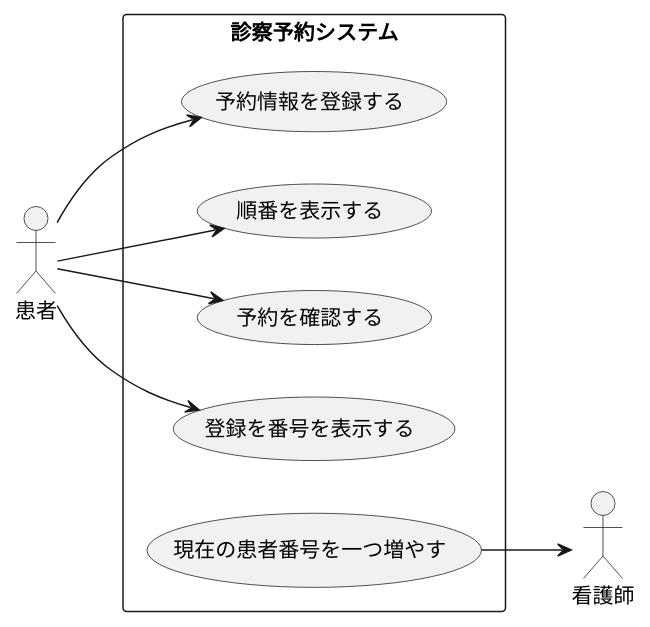
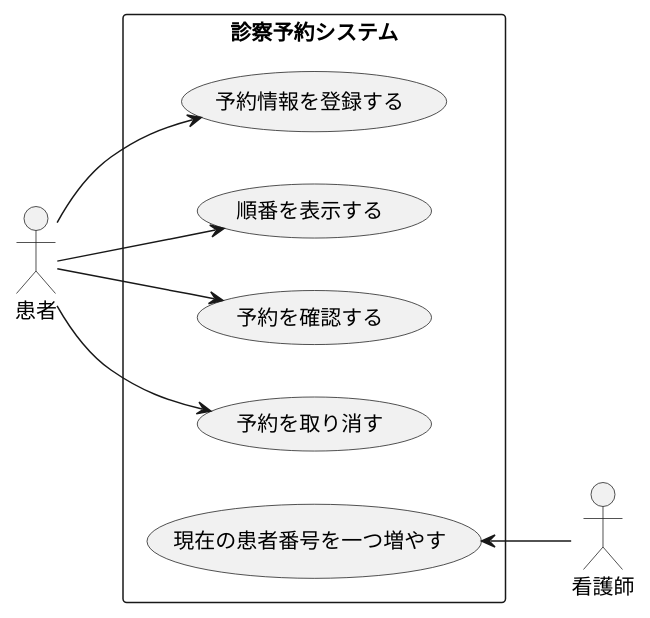
Before and after one commit to kuboi0627/unl-introduction: the diagram in 演習6-3_ユースケース図_診察予約システム.pu, drawn with PlantUML. The commit also changed 1 other file, not shown here.

```diff
--- a/演習6-3_ユースケース図_診察予約システム.pu
+++ b/演習6-3_ユースケース図_診察予約システム.pu
@@ -1,18 +1,18 @@
 @startuml 診察予約システム
 left to right direction
 actor 患者 as k
 actor 看護師 as ku
 rectangle 診察予約システム {
     usecase 予約情報を登録する as t
     usecase 順番を表示する as n
     usecase 予約を確認する as yoyaku
-    usecase 登録を番号を表示する as t1
+    usecase 予約を取り消す as t1
     usecase 現在の患者番号を一つ増やす as g
 }
 k --> t
 k --> n
 k --> yoyaku
 k --> t1
-g --> ku
+g <-- ku
 
 @enduml
```
